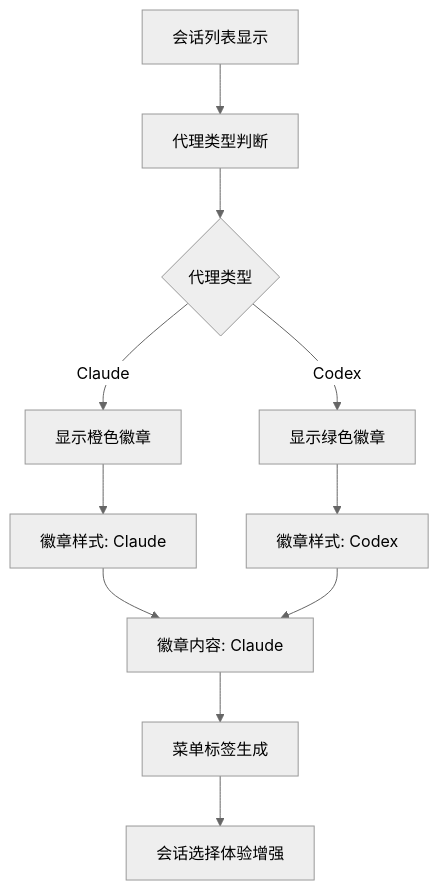
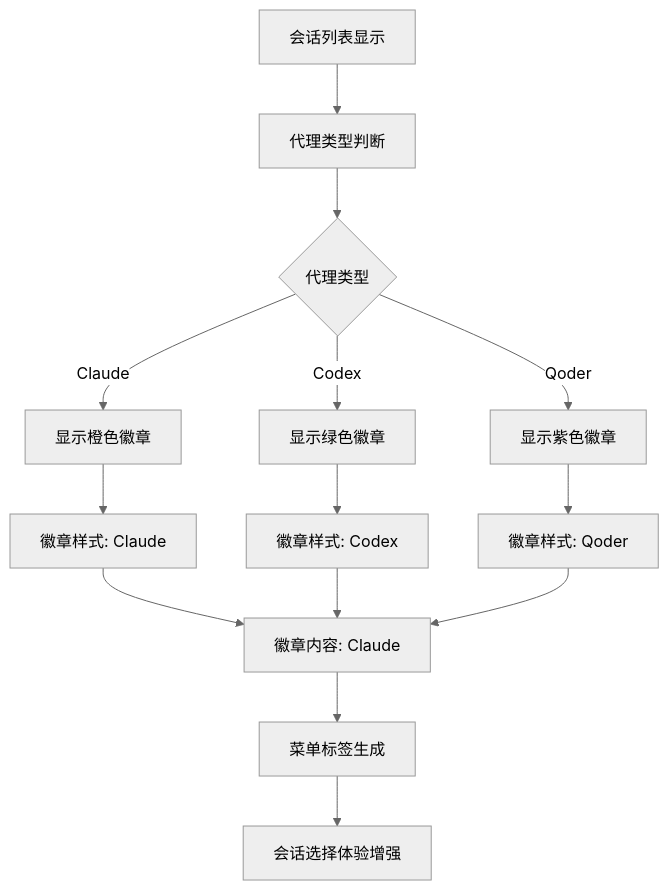
One commit to WyRainBow/PromptCocoPilot changed diagram 16 of 33 in .qoder/repowiki/zh/content/核心架构/会话管理系统.md. Above: the diagram before and after it, drawn with Mermaid (neutral theme). The commit also changed other lines of this file and 134 other files, not shown here.

````diff
--- a/.qoder/repowiki/zh/content/核心架构/会话管理系统.md
+++ b/.qoder/repowiki/zh/content/核心架构/会话管理系统.md
@@ -776,13 +831,16 @@
 ```mermaid
 flowchart TD
 A[会话列表显示] --> B[代理类型判断]
 B --> C{代理类型}
 C --> |Claude| D[显示橙色徽章]
 C --> |Codex| E[显示绿色徽章]
-D --> F[徽章样式: Claude]
-E --> G[徽章样式: Codex]
-F --> H[徽章内容: Claude]
-G --> H
-H --> I[菜单标签生成]
-I --> J[会话选择体验增强]
+C --> |Qoder| F[显示紫色徽章]
+D --> G[徽章样式: Claude]
+E --> H[徽章样式: Codex]
+F --> I[徽章样式: Qoder]
+G --> J[徽章内容: Claude]
+H --> J
+I --> J
+J --> K[菜单标签生成]
+K --> L[会话选择体验增强]
 ```
````
